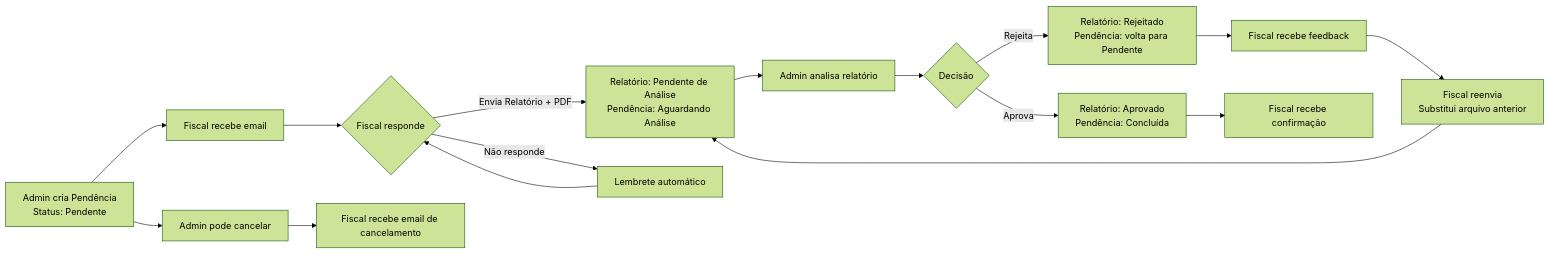
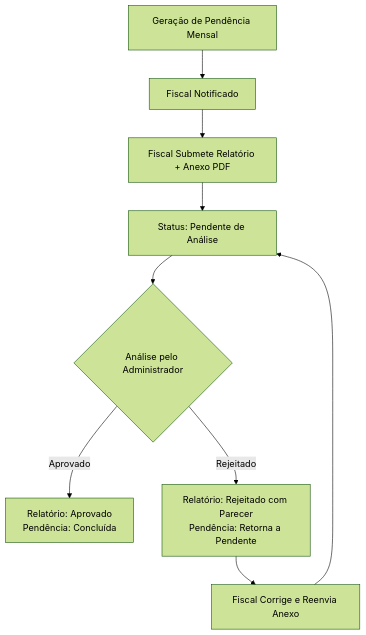
The diagram in README.md (pgepa/sigescon-back), drawn with Mermaid (forest theme) before and after one commit. The commit also changed other lines of this file, not shown here.

Commit message:
docs: atualizar README com instalacao, alembic, seeder e regras de aditivos

````diff
--- a/README.md
+++ b/README.md
@@ -536,18 +414,11 @@
 ```mermaid
-graph LR
-    A[Admin cria Pendência<br/>Status: Pendente] --> B[Fiscal recebe email]
-    B --> C{Fiscal responde}
-    C -->|Envia Relatório + PDF| D[Relatório: Pendente de Análise<br/>Pendência: Aguardando Análise]
-    C -->|Não responde| E[Lembrete automático]
-    E --> C
-    A --> F[Admin pode cancelar]
-    F --> G[Fiscal recebe email de cancelamento]
-    D --> H[Admin analisa relatório]
-    H --> I{Decisão}
-    I -->|Aprova| J[Relatório: Aprovado<br/>Pendência: Concluída]
-    I -->|Rejeita| K[Relatório: Rejeitado<br/>Pendência: volta para Pendente]
-    K --> L[Fiscal recebe feedback]
-    L --> M[Fiscal reenvia<br/>Substitui arquivo anterior]
-    M --> D
-    J --> N[Fiscal recebe confirmação]
+graph TD
+    A[Geração de Pendência Mensal] --> B[Fiscal Notificado]
+    B --> C[Fiscal Submete Relatório + Anexo PDF]
+    C --> D[Status: Pendente de Análise]
+    D --> E{Análise pelo Administrador}
+    E -->|Aprovado| F[Relatório: Aprovado<br/>Pendência: Concluída]
+    E -->|Rejeitado| G[Relatório: Rejeitado com Parecer<br/>Pendência: Retorna a Pendente]
+    G --> H[Fiscal Corrige e Reenvia Anexo]
+    H --> D
 ```
````
